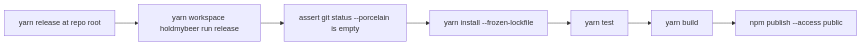
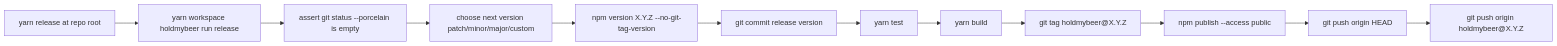
Before and after one commit to ex3ndr/holdmybeer: the diagram in doc/release-command.md, drawn with Mermaid. The commit also changed other lines of this file and 5 other files, not shown here.

Commit message:
feat(release): add daycare-style version selection

````diff
--- a/doc/release-command.md
+++ b/doc/release-command.md
@@ -7,9 +7,14 @@
 ```mermaid
 flowchart LR
   A[yarn release at repo root] --> B[yarn workspace holdmybeer run release]
   B --> C[assert git status --porcelain is empty]
-  C --> D[yarn install --frozen-lockfile]
-  D --> E[yarn test]
-  E --> F[yarn build]
-  F --> G[npm publish --access public]
+  C --> D[choose next version patch/minor/major/custom]
+  D --> E[npm version X.Y.Z --no-git-tag-version]
+  E --> F[git commit release version]
+  F --> G[yarn test]
+  G --> H[yarn build]
+  H --> I[git tag holdmybeer@X.Y.Z]
+  I --> J[npm publish --access public]
+  J --> K[git push origin HEAD]
+  K --> L[git push origin holdmybeer@X.Y.Z]
 ```
````
